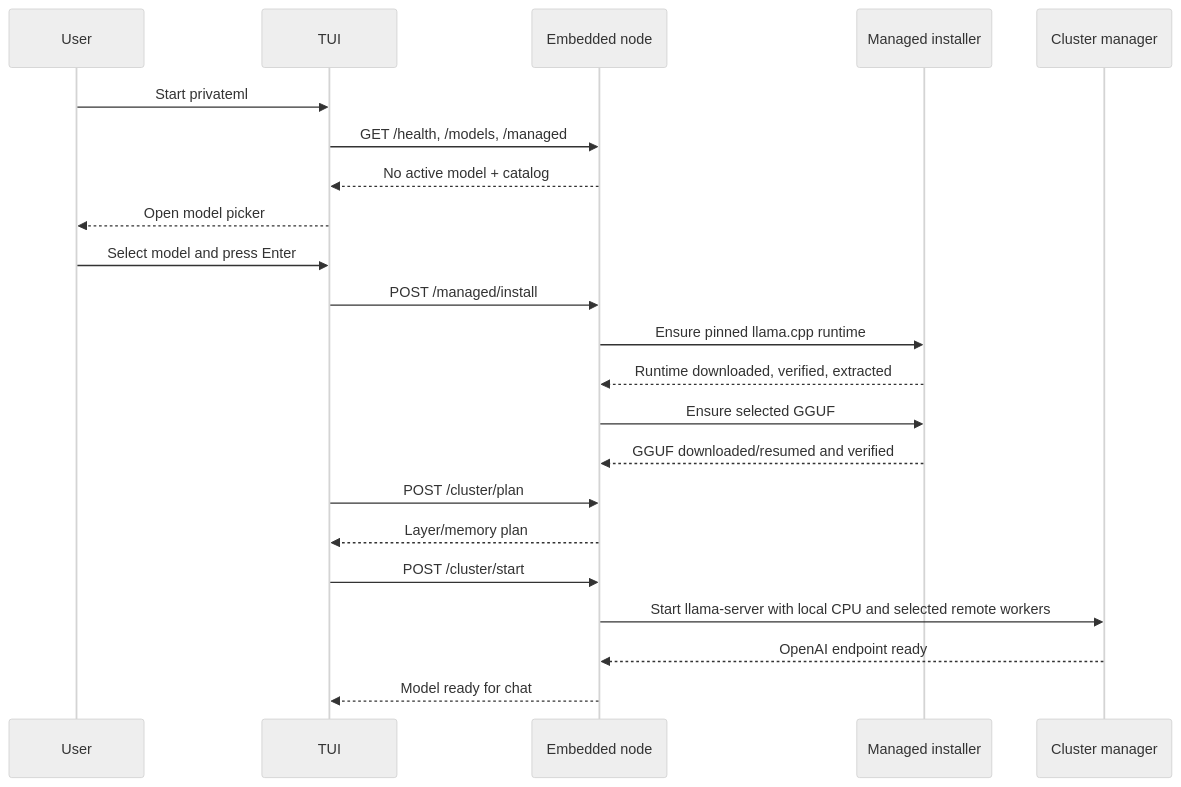
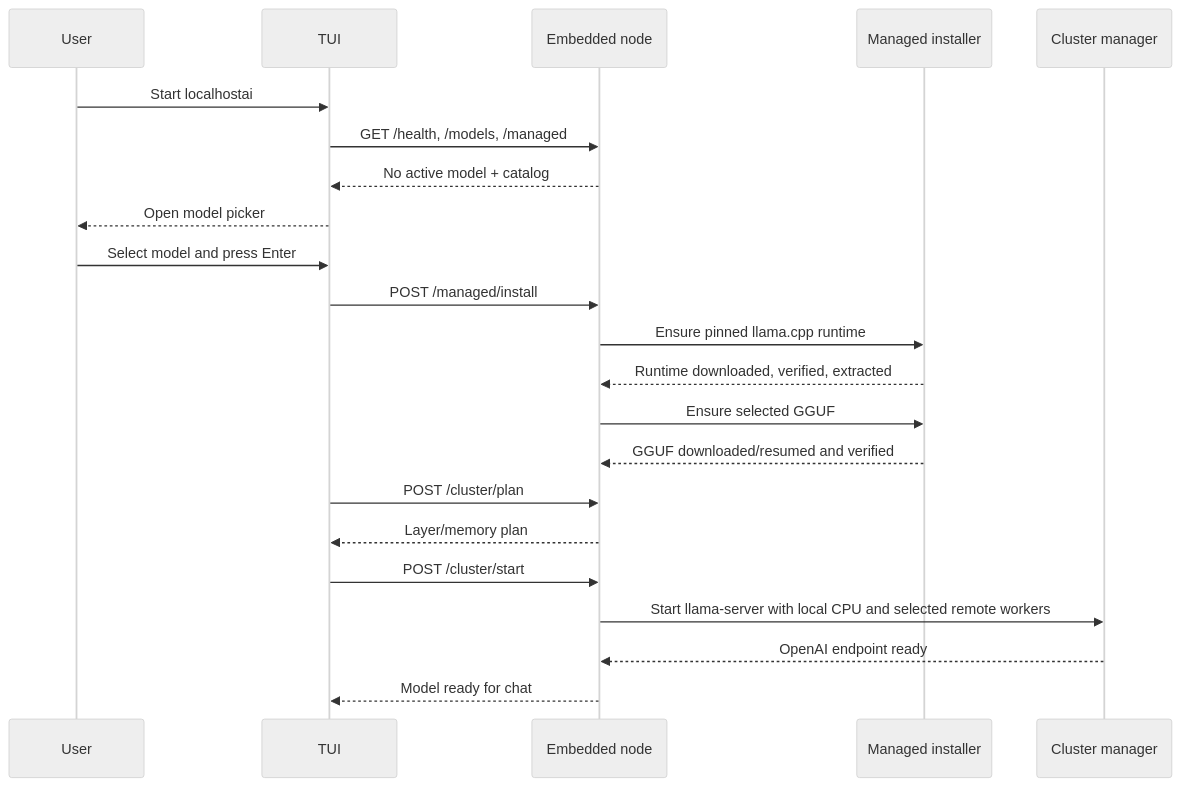
Before and after one commit to Minhaj401/localhostai: the second of 4 diagrams in PROJECT_GUIDE.md, drawn with Mermaid (neutral theme). The commit also changed other lines of this file and 83 other files, not shown here.

````diff
--- a/PROJECT_GUIDE.md
+++ b/PROJECT_GUIDE.md
@@ -167,25 +167,25 @@
 ```mermaid
 sequenceDiagram
     participant U as User
     participant T as TUI
     participant N as Embedded node
     participant M as Managed installer
     participant C as Cluster manager
 
-    U->>T: Start privateml
+    U->>T: Start localhostai
     T->>N: GET /health, /models, /managed
     N-->>T: No active model + catalog
     T-->>U: Open model picker
     U->>T: Select model and press Enter
     T->>N: POST /managed/install
     N->>M: Ensure pinned llama.cpp runtime
     M-->>N: Runtime downloaded, verified, extracted
     N->>M: Ensure selected GGUF
     M-->>N: GGUF downloaded/resumed and verified
     T->>N: POST /cluster/plan
     N-->>T: Layer/memory plan
     T->>N: POST /cluster/start
     N->>C: Start llama-server with local CPU and selected remote workers
     C-->>N: OpenAI endpoint ready
     N-->>T: Model ready for chat
 ```
````
